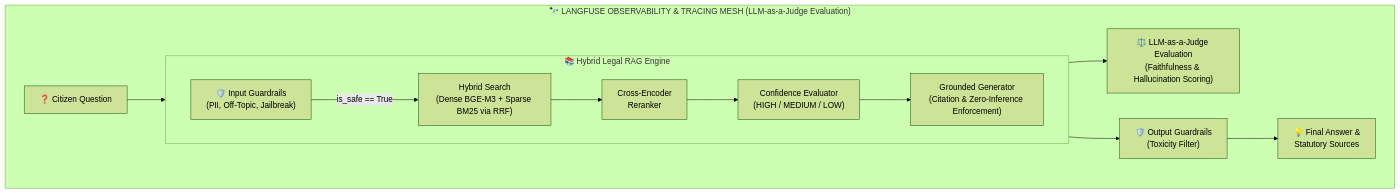
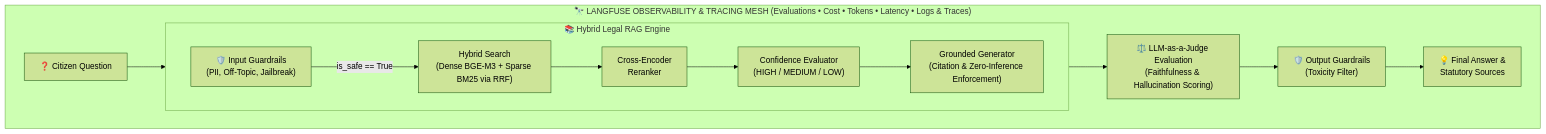
One commit to amitkarmakar07/NyayaVaani changed the second of 2 diagrams in README.md. Above: the diagram before and after it, drawn with Mermaid (forest theme). The commit also changed other lines of this file and 1 other file, not shown here.

Commit message:
Docs: Update system architecture diagram image and README with 5-pillar Langfuse Observability and LLM-as-a-Judge Evaluation

````diff
--- a/README.md
+++ b/README.md
@@ -94,20 +99,20 @@
 ```mermaid
 graph LR
-    subgraph RAGObservabilityMesh ["🔭 LANGFUSE OBSERVABILITY & TRACING MESH (LLM-as-a-Judge Evaluation)"]
+    subgraph RAGObservabilityMesh ["🔭 LANGFUSE OBSERVABILITY & TRACING MESH (Evaluations • Cost • Tokens • Latency • Logs & Traces)"]
         direction LR
 
         RIN["❓ Citizen Question"] --> RIG["🛡️ Input Guardrails\n(PII, Off-Topic, Jailbreak)"]
 
         subgraph RAGEngine ["📚 Hybrid Legal RAG Engine"]
             direction LR
             RIG -- "is_safe == True" --> HS["Hybrid Search\n(Dense BGE-M3 + Sparse BM25 via RRF)"]
             HS --> CE["Cross-Encoder\nReranker"]
             CE --> CONF["Confidence Evaluator\n(HIGH / MEDIUM / LOW)"]
             CONF --> GEN["Grounded Generator\n(Citation & Zero-Inference Enforcement)"]
         end
 
-        GEN --> JUDGE["⚖️ LLM-as-a-Judge Evaluation\n(Faithfulness & Hallucination Scoring)"]
-        GEN --> ROG["🛡️ Output Guardrails\n(Toxicity Filter)"]
+        GEN --> JUDGE2["⚖️ LLM-as-a-Judge Evaluation\n(Faithfulness & Hallucination Scoring)"]
+        JUDGE2 --> ROG["🛡️ Output Guardrails\n(Toxicity Filter)"]
         ROG --> ROUT["💡 Final Answer &\nStatutory Sources"]
     end
 ```
````
